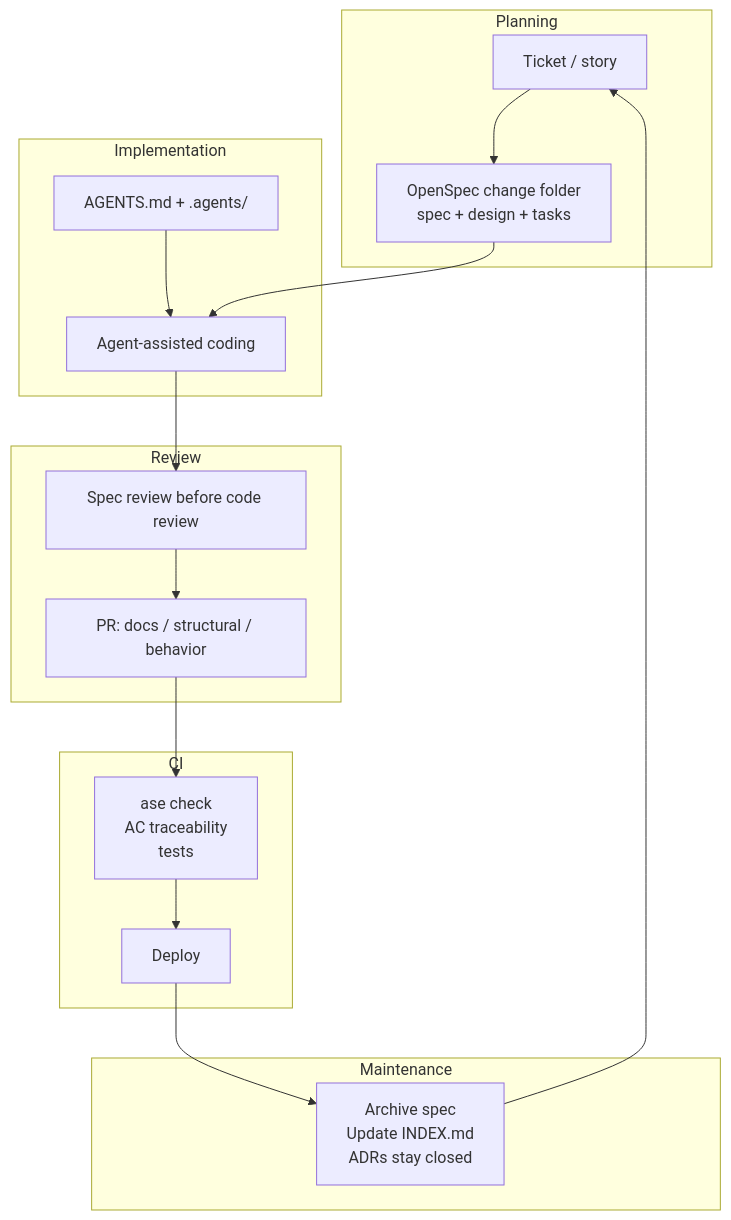
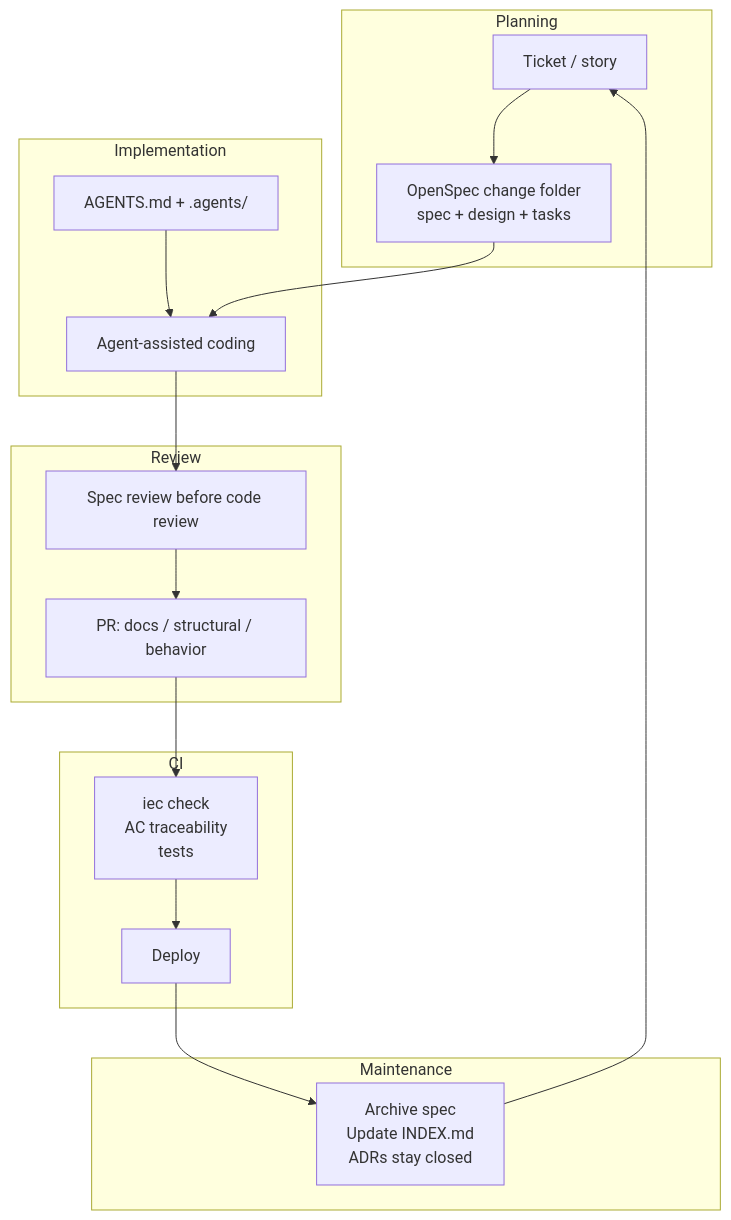
The diagram in content/foundation/intent-engineering-and-the-sdlc.md (intent-engineering-for-coding-agents/book), drawn with Mermaid before and after one commit. The commit also changed 147 other files, not shown here.

First line of the commit message:
chore(rename): replace ASE abbreviation and ase CLI references with IEC/iec

````diff
--- a/content/foundation/intent-engineering-and-the-sdlc.md
+++ b/content/foundation/intent-engineering-and-the-sdlc.md
@@ -15,22 +15,22 @@
 ```mermaid
 graph TD
     subgraph Planning
         A[Ticket / story] --> B[OpenSpec change folder<br/>spec + design + tasks]
     end
     subgraph Implementation
         C["AGENTS.md + .agents/"] --> D[Agent-assisted coding]
         B --> D
     end
     subgraph Review
         D --> E[Spec review before code review]
         E --> F[PR: docs / structural / behavior]
     end
     subgraph CI
-        F --> G[ase check<br/>AC traceability<br/>tests]
+        F --> G[iec check<br/>AC traceability<br/>tests]
         G --> H[Deploy]
     end
     subgraph Maintenance
         H --> I[Archive spec<br/>Update INDEX.md<br/>ADRs stay closed]
         I --> A
     end
 ```
````
